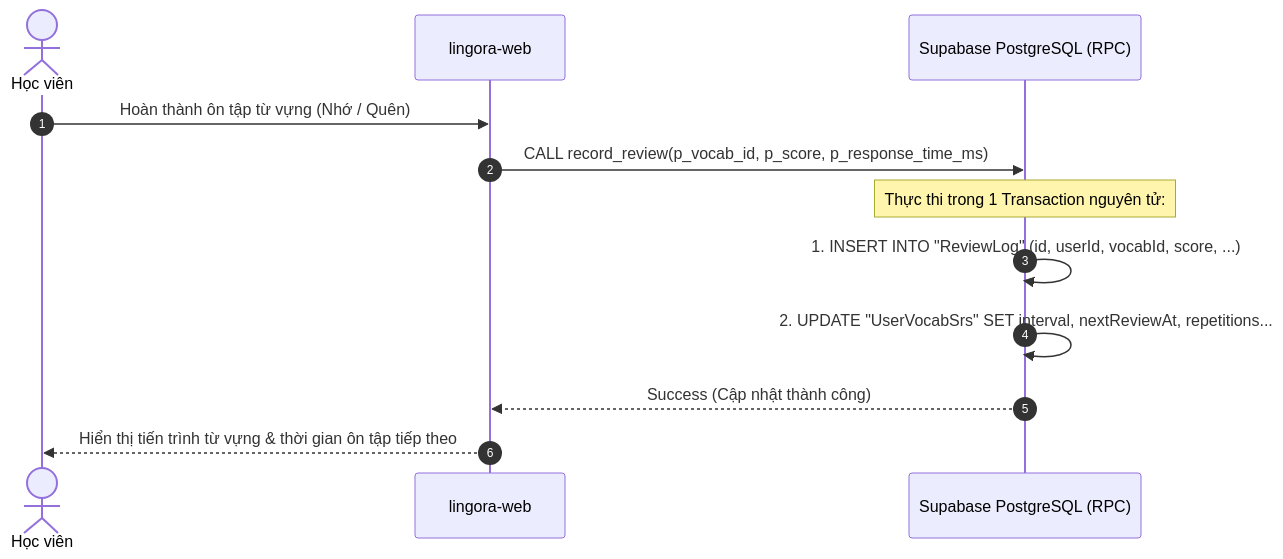
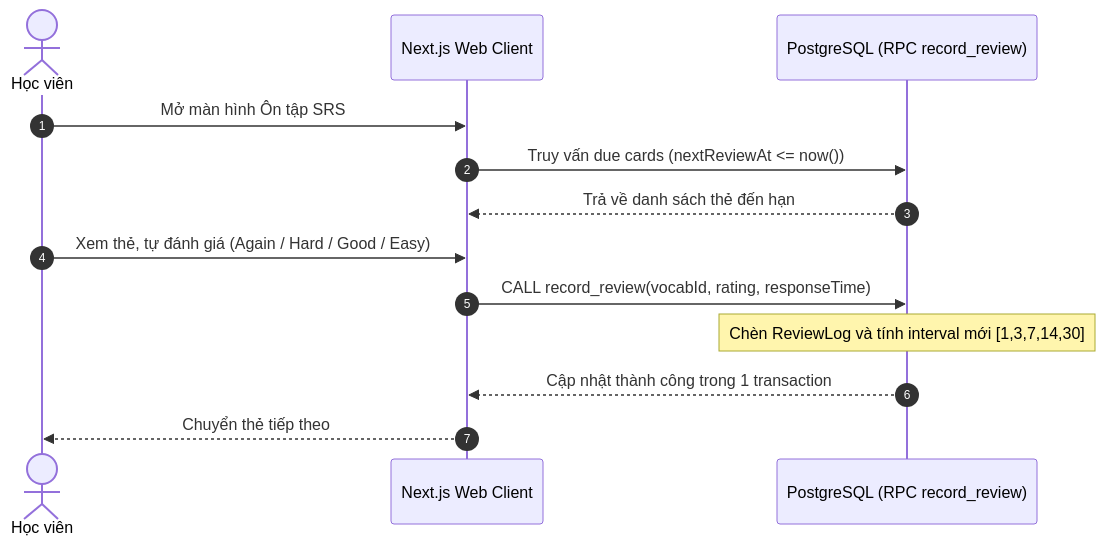
Before and after one commit to PhamNguyenThanhTung/lingora-workspace: diagram 13 of 16 in docs/06-system-analysis.md, drawn with Mermaid. The commit also changed other lines of this file and 595 other files, not shown here.

````diff
--- a/docs/06-system-analysis.md
+++ b/docs/06-system-analysis.md
@@ -219,15 +595,16 @@
 ```mermaid
 sequenceDiagram
     autonumber
     actor Learner as Học viên
-    participant NextWeb as lingora-web
-    participant SupaDB as Supabase PostgreSQL (RPC)
+    participant Web as Next.js Web Client
+    participant DB as PostgreSQL (RPC record_review)
 
-    Learner->>NextWeb: Hoàn thành ôn tập từ vựng (Nhớ / Quên)
-    NextWeb->>SupaDB: CALL record_review(p_vocab_id, p_score, p_response_time_ms)
-    Note over SupaDB: Thực thi trong 1 Transaction nguyên tử:
-    SupaDB->>SupaDB: 1. INSERT INTO "ReviewLog" (id, userId, vocabId, score, ...)
-    SupaDB->>SupaDB: 2. UPDATE "UserVocabSrs" SET interval, nextReviewAt, repetitions...
-    SupaDB-->>NextWeb: Success (Cập nhật thành công)
-    NextWeb-->>Learner: Hiển thị tiến trình từ vựng & thời gian ôn tập tiếp theo
+    Learner->>Web: Mở màn hình Ôn tập SRS
+    Web->>DB: Truy vấn due cards (nextReviewAt <= now())
+    DB-->>Web: Trả về danh sách thẻ đến hạn
+    Learner->>Web: Xem thẻ, tự đánh giá (Again / Hard / Good / Easy)
+    Web->>DB: CALL record_review(vocabId, rating, responseTime)
+    Note over DB: Chèn ReviewLog và tính interval mới [1,3,7,14,30]
+    DB-->>Web: Cập nhật thành công trong 1 transaction
+    Web-->>Learner: Chuyển thẻ tiếp theo
 ```
````
